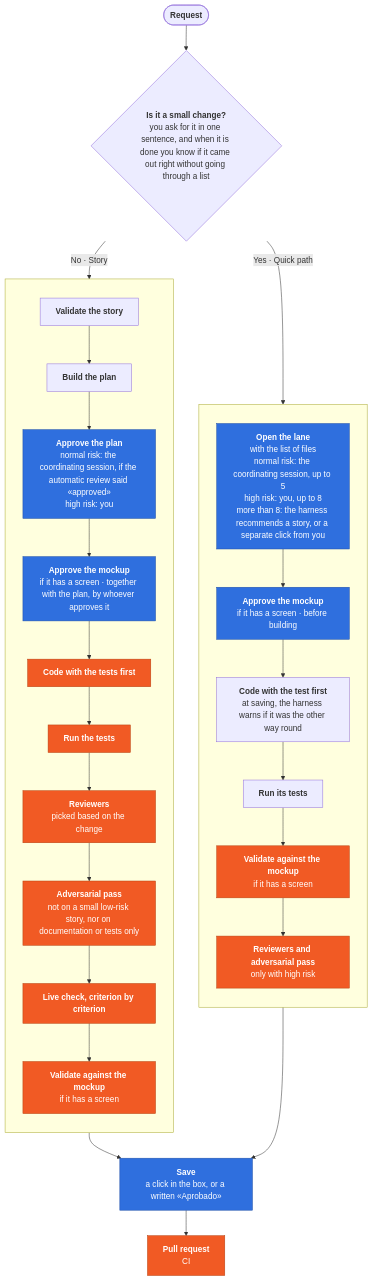
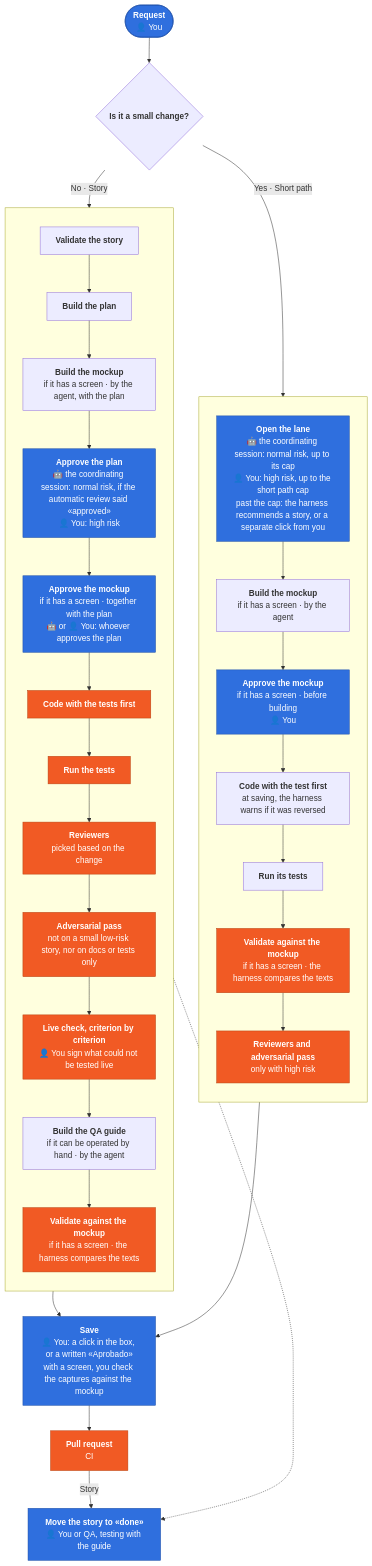
The diagram in README.md (TYCON-SA/tycon-harness), drawn with Mermaid before and after one commit. The commit also changed other lines of this file and 1 other file, not shown here.

First line of the commit message:
docs(portada): el diagrama dice quién hace cada paso, y el camino corto se llama así

````diff
--- a/README.md
+++ b/README.md
@@ -71,33 +67,38 @@
 ```mermaid
 flowchart TB
-  pedir(["<b>Request</b>"]) --> chico{"<b>Is it a small change?</b><br/>you ask for it in one sentence, and when it is done you know if it came out right without going through a list"}
-  chico -- "Yes · Quick path" --> r1
+  pedir(["<b>Request</b><br/>👤 You"]) --> chico{"<b>Is it a small change?</b>"}
+  chico -- "Yes · Short path" --> r1
   chico -- "No · Story" --> h1
-  subgraph rapido [" "]
+  subgraph corto [" "]
     direction TB
-    r1["<b>Open the lane</b><br/>with the list of files<br/>normal risk: the coordinating session, up to 5<br/>high risk: you, up to 8<br/>more than 8: the harness recommends a story, or a separate click from you"] --> r1m["<b>Approve the mockup</b><br/>if it has a screen · before building"]
-    r1m --> r2["<b>Code with the test first</b><br/>at saving, the harness warns if it was the other way round"]
+    r1["<b>Open the lane</b><br/>🤖 the coordinating session: normal risk, up to its cap<br/>👤 You: high risk, up to the short path cap<br/>past the cap: the harness recommends a story, or a separate click from you"] --> r0m["<b>Build the mockup</b><br/>if it has a screen · by the agent"]
+    r0m --> r1m["<b>Approve the mockup</b><br/>if it has a screen · before building<br/>👤 You"]
+    r1m --> r2["<b>Code with the test first</b><br/>at saving, the harness warns if it was reversed"]
     r2 --> r3["<b>Run its tests</b>"]
-    r3 --> r3c["<b>Validate against the mockup</b><br/>if it has a screen"]
+    r3 --> r3c["<b>Validate against the mockup</b><br/>if it has a screen · the harness compares the texts"]
     r3c --> r4["<b>Reviewers and adversarial pass</b><br/>only with high risk"]
   end
   subgraph historia [" "]
     direction TB
     h1["<b>Validate the story</b>"] --> h2["<b>Build the plan</b>"]
-    h2 --> h3["<b>Approve the plan</b><br/>normal risk: the coordinating session, if the automatic review said «approved»<br/>high risk: you"]
-    h3 --> h3m["<b>Approve the mockup</b><br/>if it has a screen · together with the plan, by whoever approves it"]
+    h2 --> h2m["<b>Build the mockup</b><br/>if it has a screen · by the agent, with the plan"]
+    h2m --> h3["<b>Approve the plan</b><br/>🤖 the coordinating session: normal risk, if the automatic review said «approved»<br/>👤 You: high risk"]
+    h3 --> h3m["<b>Approve the mockup</b><br/>if it has a screen · together with the plan<br/>🤖 or 👤 You: whoever approves the plan"]
     h3m --> h4["<b>Code with the tests first</b>"]
     h4 --> h5["<b>Run the tests</b>"]
     h5 --> h6["<b>Reviewers</b><br/>picked based on the change"]
-    h6 --> h7["<b>Adversarial pass</b><br/>not on a small low-risk story, nor on documentation or tests only"]
-    h7 --> h8["<b>Live check, criterion by criterion</b>"]
-    h8 --> h9["<b>Validate against the mockup</b><br/>if it has a screen"]
+    h6 --> h7["<b>Adversarial pass</b><br/>not on a small low-risk story, nor on docs or tests only"]
+    h7 --> h8["<b>Live check, criterion by criterion</b><br/>👤 You sign what could not be tested live"]
+    h8 --> hq["<b>Build the QA guide</b><br/>if it can be operated by hand · by the agent"]
+    hq --> h9["<b>Validate against the mockup</b><br/>if it has a screen · the harness compares the texts"]
   end
-  r4 --> g1["<b>Save</b><br/>a click in the box, or a written «Aprobado»"]
+  r4 --> g1["<b>Save</b><br/>👤 You: a click in the box, or a written «Aprobado»<br/>with a screen, you check the captures against the mockup"]
   h9 --> g1
   g1 --> g2["<b>Pull request</b><br/>CI"]
+  g2 -- "Story" --> g3["<b>Move the story to «done»</b><br/>👤 You or QA, testing with the guide"]
+  hq -.-> g3
   classDef decide fill:#2f6fde,stroke:#1f4fa8,color:#ffffff
   classDef control fill:#F15A24,stroke:#b8410f,color:#ffffff
-  class r1,r1m,h3,h3m,g1 decide
+  class pedir,r1,r1m,h3,h3m,g1,g3 decide
   class r3c,r4,h4,h5,h6,h7,h8,h9,g2 control
 ```
````
